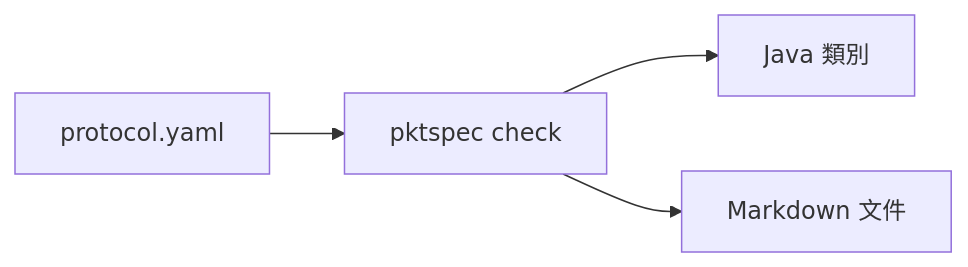
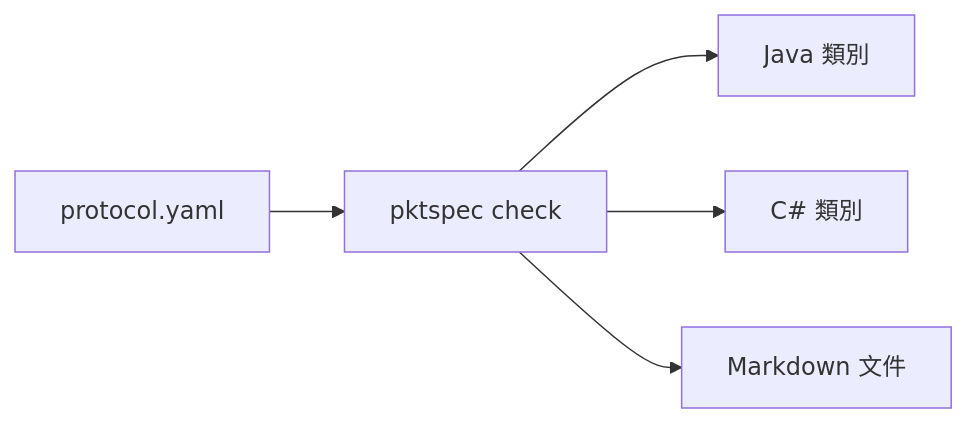
One commit to vtxe02023274/pktspec changed the diagram in README.md. Above: the diagram before and after it, drawn with Mermaid. The commit also changed other lines of this file and 41 other files, not shown here.

````diff
--- a/README.md
+++ b/README.md
@@ -9,6 +9,7 @@
 ```mermaid
 flowchart LR
   yaml[protocol.yaml] --> check[pktspec check]
   check --> java[Java 類別]
+  check --> csharp[C# 類別]
   check --> docs[Markdown 文件]
 ```
````
